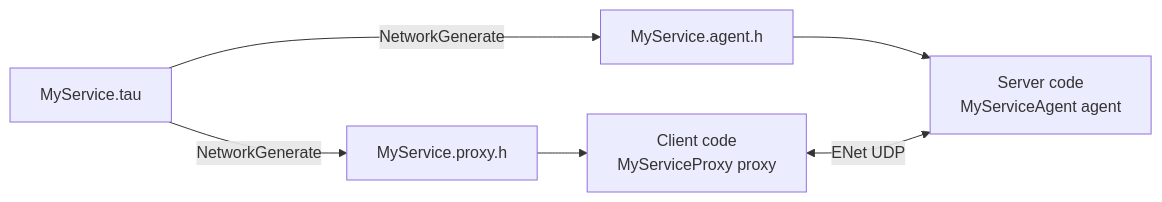
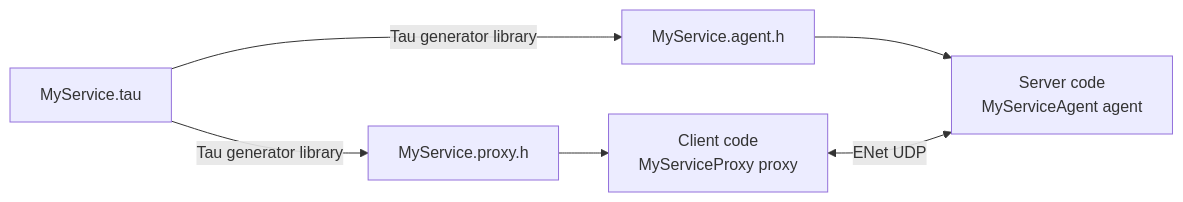
The diagram in Doc/TauTutorial.md (cschladetsch/CppKAI), drawn with Mermaid before and after one commit. The commit also changed other lines of this file and 14 other files, not shown here.

````diff
--- a/Doc/TauTutorial.md
+++ b/Doc/TauTutorial.md
@@ -539,8 +532,8 @@
 ```mermaid
 graph LR
-    IDL[MyService.tau] -->|NetworkGenerate| PH[MyService.proxy.h]
-    IDL -->|NetworkGenerate| AH[MyService.agent.h]
+    IDL[MyService.tau] -->|Tau generator library| PH[MyService.proxy.h]
+    IDL -->|Tau generator library| AH[MyService.agent.h]
     PH --> CLIENT[Client code<br/>MyServiceProxy proxy]
     AH --> SERVER[Server code<br/>MyServiceAgent agent]
     CLIENT <-->|ENet UDP| SERVER
 ```
````
